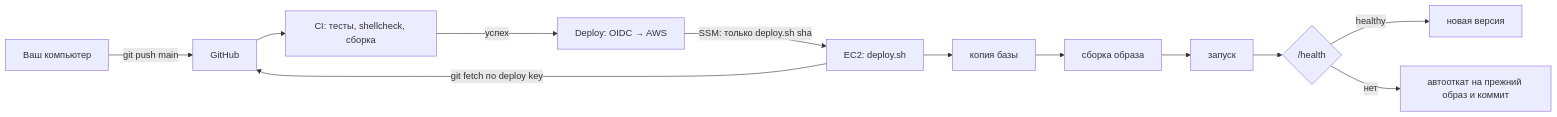
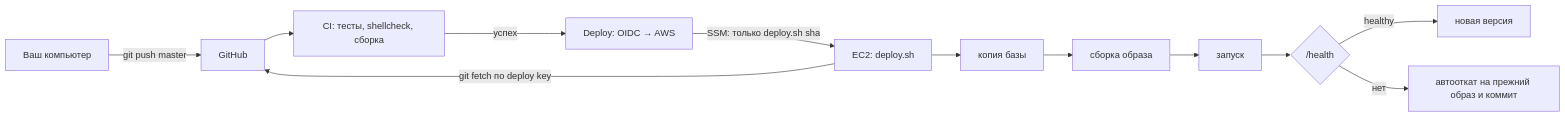
One commit to RahimovShaxriyor/gh-tg-poster changed the diagram in docs/aws-deploy.md. Above: the diagram before and after it, drawn with Mermaid. The commit also changed other lines of this file and 6 other files, not shown here.

````diff
--- a/docs/aws-deploy.md
+++ b/docs/aws-deploy.md
@@ -20,11 +20,11 @@
 ```mermaid
 flowchart LR
-  dev[Ваш компьютер] -->|git push main| gh[GitHub]
+  dev[Ваш компьютер] -->|git push master| gh[GitHub]
   gh --> ci[CI: тесты, shellcheck, сборка]
   ci -->|успех| cd[Deploy: OIDC → AWS]
   cd -->|SSM: только deploy.sh sha| ec2[EC2: deploy.sh]
   ec2 -->|git fetch по deploy key| gh
   ec2 --> bk[копия базы] --> build[сборка образа] --> up[запуск] --> hc{/health}
   hc -->|healthy| ok[новая версия]
   hc -->|нет| rb[автооткат на прежний образ и коммит]
 ```
````
